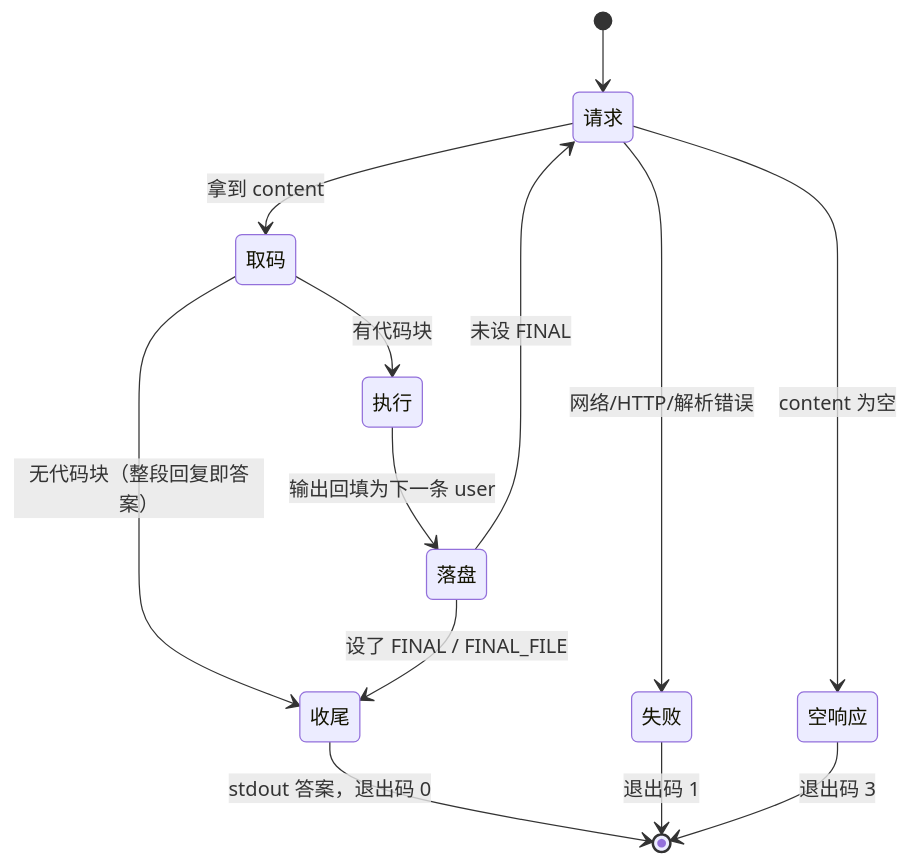
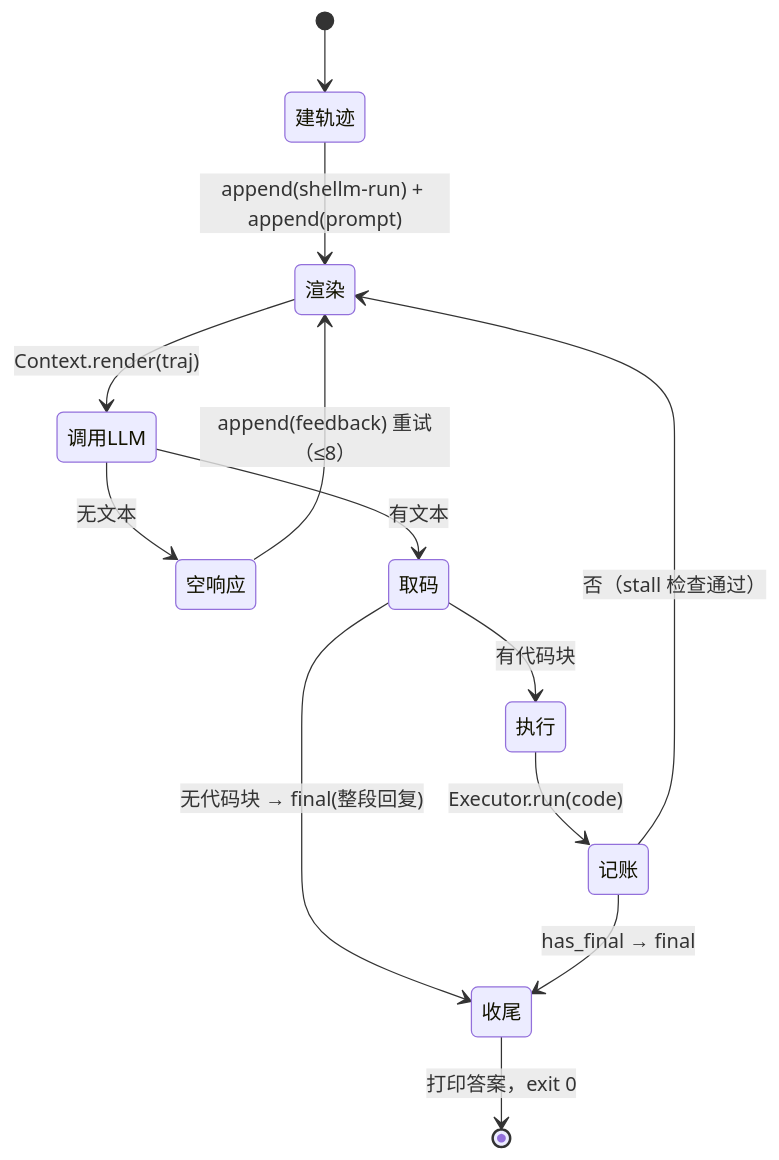
One commit to yuekcc/mp-next changed the second of 2 diagrams in docs/arch.md. Above: the diagram before and after it, drawn with Mermaid. The commit also changed other lines of this file and 25 other files, not shown here.

Commit message:
实现 RLM 引擎：trajectory/context/llm 模块、bash 执行器与子 run

````diff
--- a/docs/arch.md
+++ b/docs/arch.md
@@ -131,15 +143,15 @@
 ```mermaid
 stateDiagram-v2
-  [*] --> 请求
-  请求 --> 失败: 网络/HTTP/解析错误
-  请求 --> 空响应: content 为空
-  请求 --> 取码: 拿到 content
-  取码 --> 收尾: 无代码块（整段回复即答案）
+  [*] --> 建轨迹
+  建轨迹 --> 渲染: append(shellm-run) + append(prompt)
+  渲染 --> 调用LLM: Context.render(traj)
+  调用LLM --> 空响应: 无文本
+  空响应 --> 渲染: append(feedback) 重试（≤8）
+  调用LLM --> 取码: 有文本
+  取码 --> 收尾: 无代码块 → final(整段回复)
   取码 --> 执行: 有代码块
-  执行 --> 落盘: 输出回填为下一条 user
-  落盘 --> 请求: 未设 FINAL
-  落盘 --> 收尾: 设了 FINAL / FINAL_FILE
-  收尾 --> [*]: stdout 答案，退出码 0
-  失败 --> [*]: 退出码 1
-  空响应 --> [*]: 退出码 3
+  执行 --> 记账: Executor.run(code)
+  记账 --> 收尾: has_final → final
+  记账 --> 渲染: 否（stall 检查通过）
+  收尾 --> [*]: 打印答案，exit 0
 ```
````
